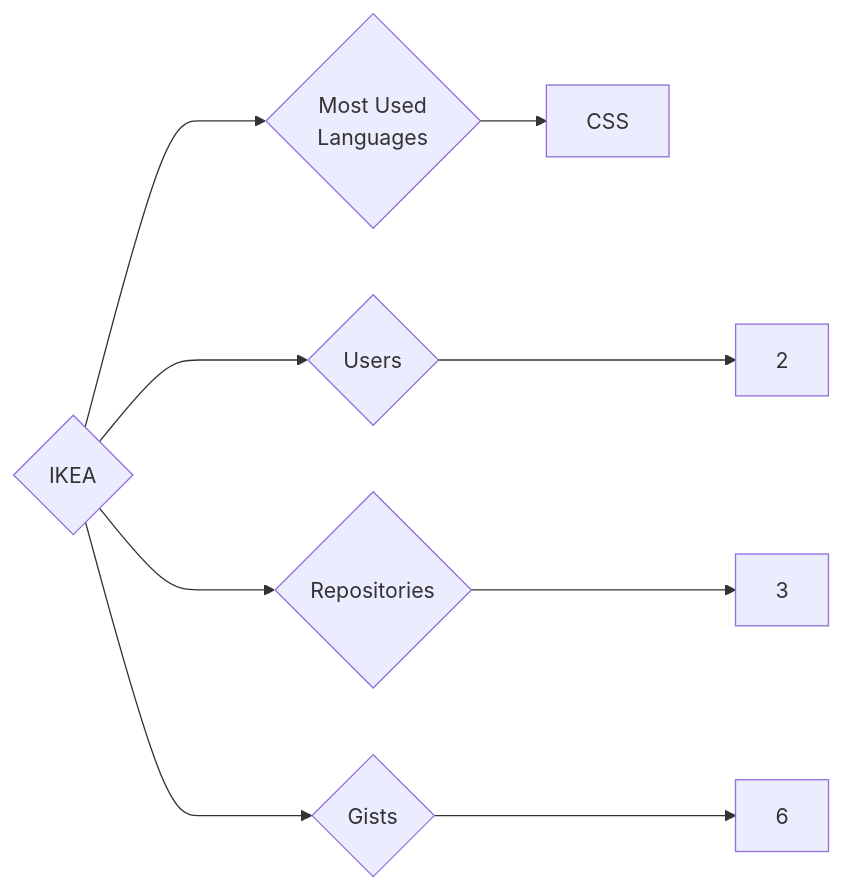
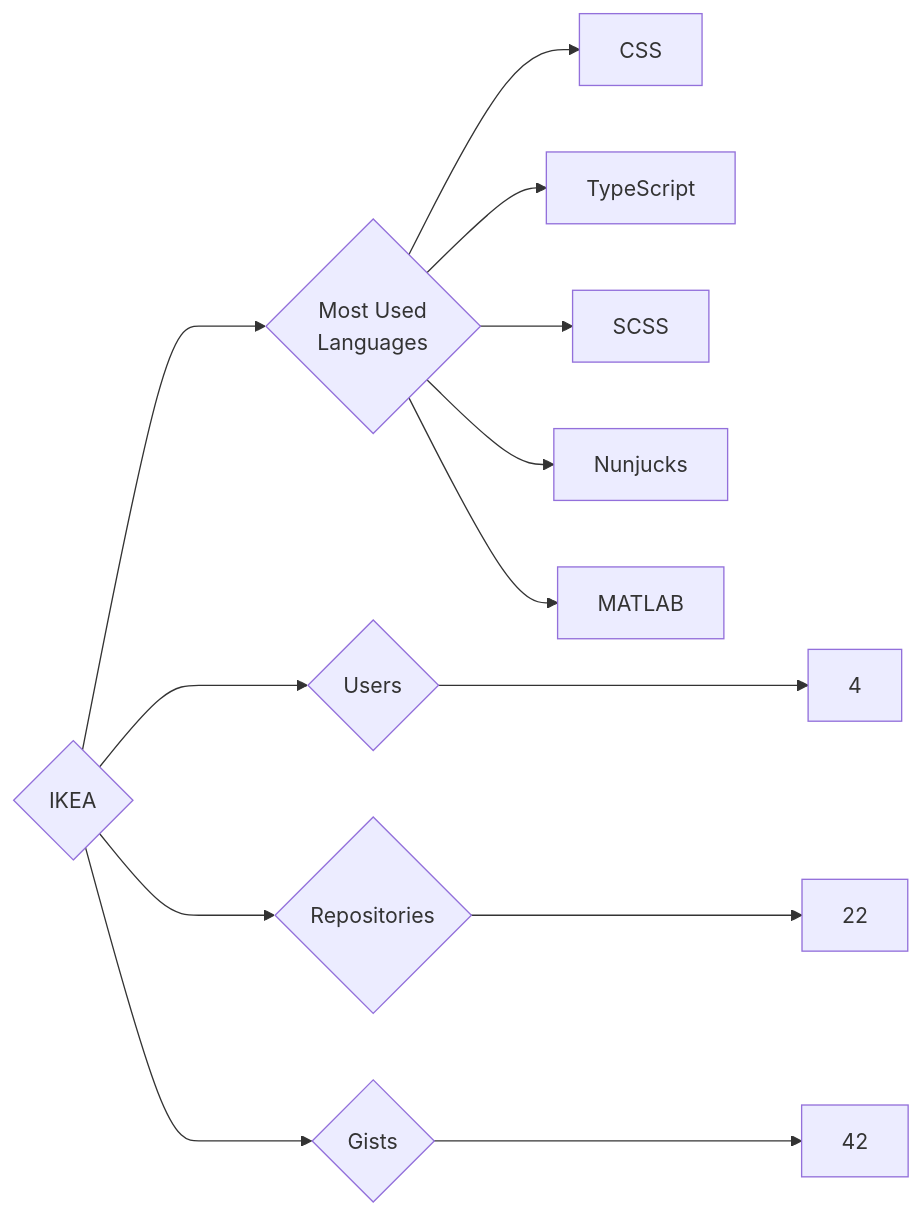
The diagram in targets/IKEA/README.md (trickest/insiders), drawn with Mermaid before and after one commit. The commit also changed 611 other files, not shown here.

````diff
--- a/targets/IKEA/README.md
+++ b/targets/IKEA/README.md
@@ -3,9 +3,13 @@
 ```mermaid
 graph LR
 COMPANY_NAME{IKEA}
-COMPANY_NAME ---> U{Users} ---> UN[2]
-COMPANY_NAME ---> R{Repositories} ---> RN[3]
-COMPANY_NAME ---> G{Gists} ---> GN[6]
+COMPANY_NAME ---> U{Users} ---> UN[4]
+COMPANY_NAME ---> R{Repositories} ---> RN[22]
+COMPANY_NAME ---> G{Gists} ---> GN[42]
 COMPANY_NAME ---> ML{Most Used<br>Languages}
 ML --> CSS[CSS]
+ML --> TypeScript[TypeScript]
+ML --> SCSS[SCSS]
+ML --> Nunjucks[Nunjucks]
+ML --> MATLAB[MATLAB]
 ```
````
